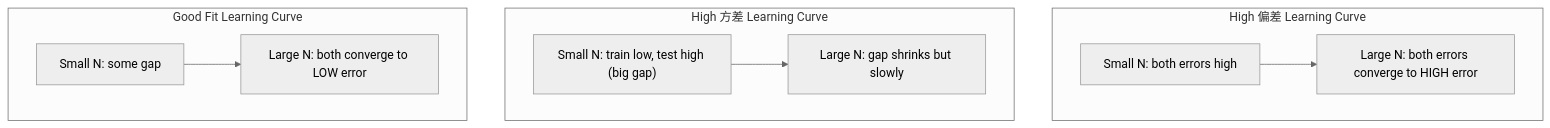
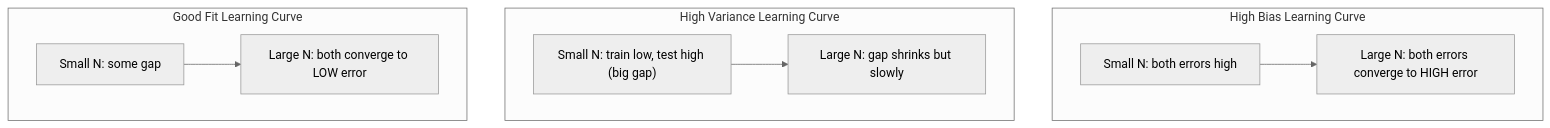
The fourth of 5 diagrams in phases/02-ml-fundamentals/10-bias-variance/docs/zh.md (arwei944/ai-engineering-from-scratch), drawn with Mermaid (neutral theme) before and after one commit. The commit also changed other lines of this file and 65 other files, not shown here.

````diff
--- a/phases/02-ml-fundamentals/10-bias-variance/docs/zh.md
+++ b/phases/02-ml-fundamentals/10-bias-variance/docs/zh.md
@@ -200,23 +200,23 @@
 ```mermaid
 flowchart TD
-    subgraph HB["High 偏差 Learning Curve"]
+    subgraph HB["High Bias Learning Curve"]
         direction LR
         HB1["Small N: both errors high"]
         HB2["Large N: both errors converge to HIGH error"]
         HB1 --> HB2
     end
 
-    subgraph HV["High 方差 Learning Curve"]
+    subgraph HV["High Variance Learning Curve"]
         direction LR
         HV1["Small N: train low, test high (big gap)"]
         HV2["Large N: gap shrinks but slowly"]
         HV1 --> HV2
     end
 
     subgraph GF["Good Fit Learning Curve"]
         direction LR
         GF1["Small N: some gap"]
         GF2["Large N: both converge to LOW error"]
         GF1 --> GF2
     end
 ```
````
